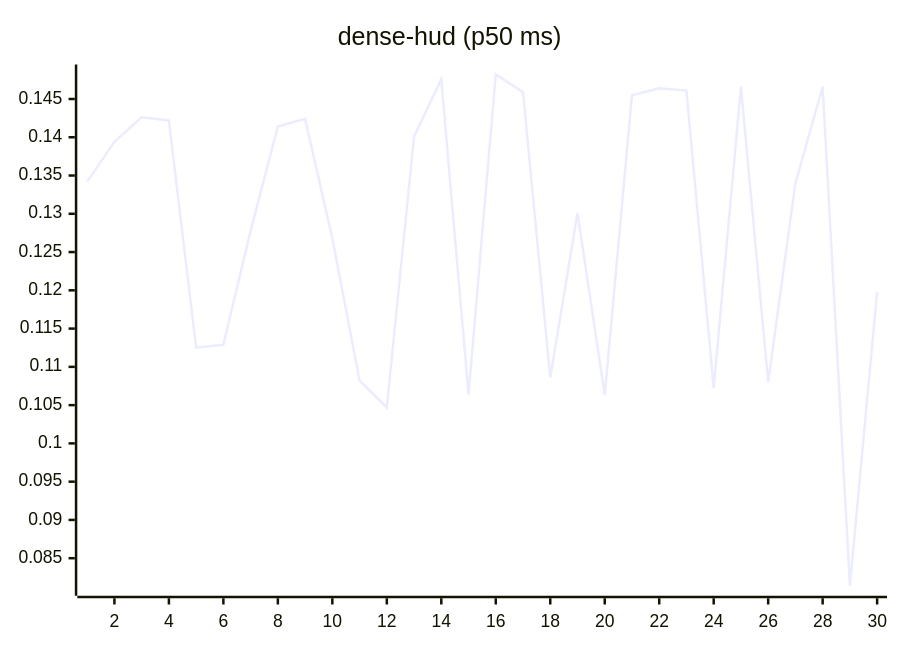
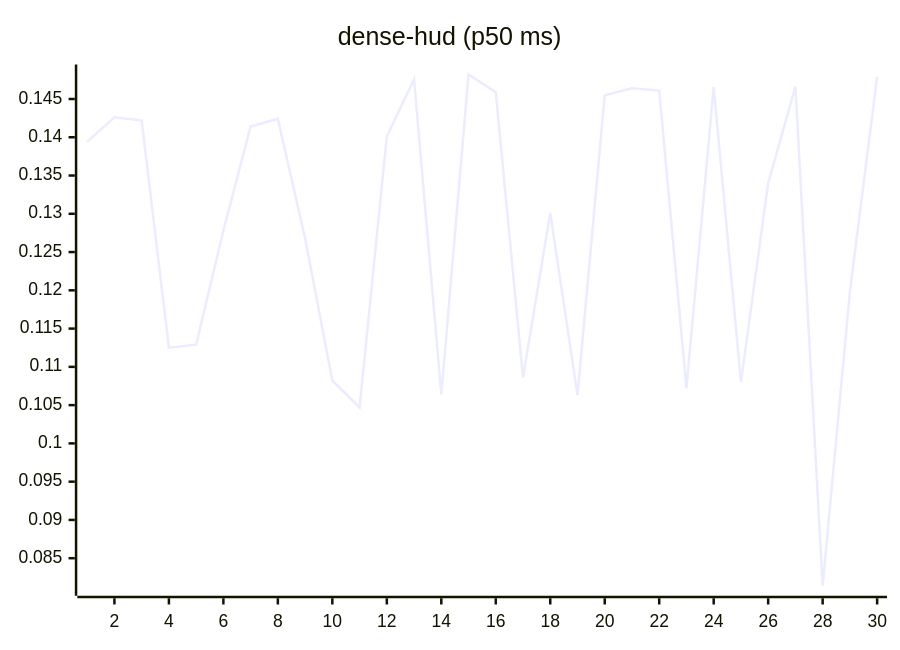
Before and after one commit to josha/Facet: the eighth of 27 diagrams in README.md, drawn with Mermaid. The commit also changed other lines of this file and 2 other files, not shown here.

````diff
--- a/README.md
+++ b/README.md
@@ -112,6 +112,6 @@
 ```mermaid
 xychart-beta
     title "dense-hud (p50 ms)"
     x-axis 1 --> 30
-    line [0.1342, 0.1394, 0.1426, 0.1422, 0.1125, 0.1129, 0.1278, 0.1414, 0.1424, 0.1268, 0.1082, 0.1047, 0.1401, 0.1476, 0.1064, 0.1482, 0.1459, 0.1086, 0.1301, 0.1063, 0.1455, 0.1464, 0.1461, 0.1072, 0.1466, 0.1080, 0.1340, 0.1466, 0.0814, 0.1198]
+    line [0.1394, 0.1426, 0.1422, 0.1125, 0.1129, 0.1278, 0.1414, 0.1424, 0.1268, 0.1082, 0.1047, 0.1401, 0.1476, 0.1064, 0.1482, 0.1459, 0.1086, 0.1301, 0.1063, 0.1455, 0.1464, 0.1461, 0.1072, 0.1466, 0.1080, 0.1340, 0.1466, 0.0814, 0.1198, 0.1479]
 ```
````
